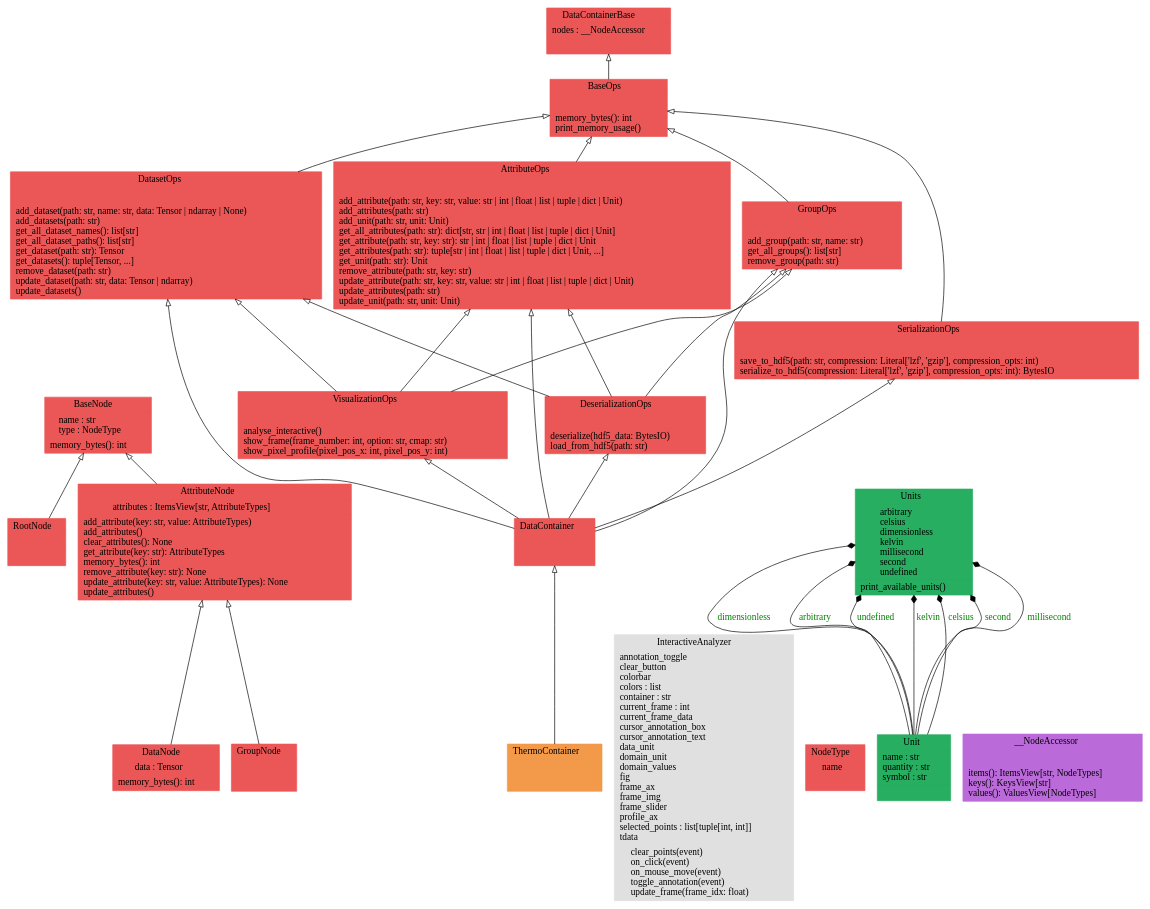
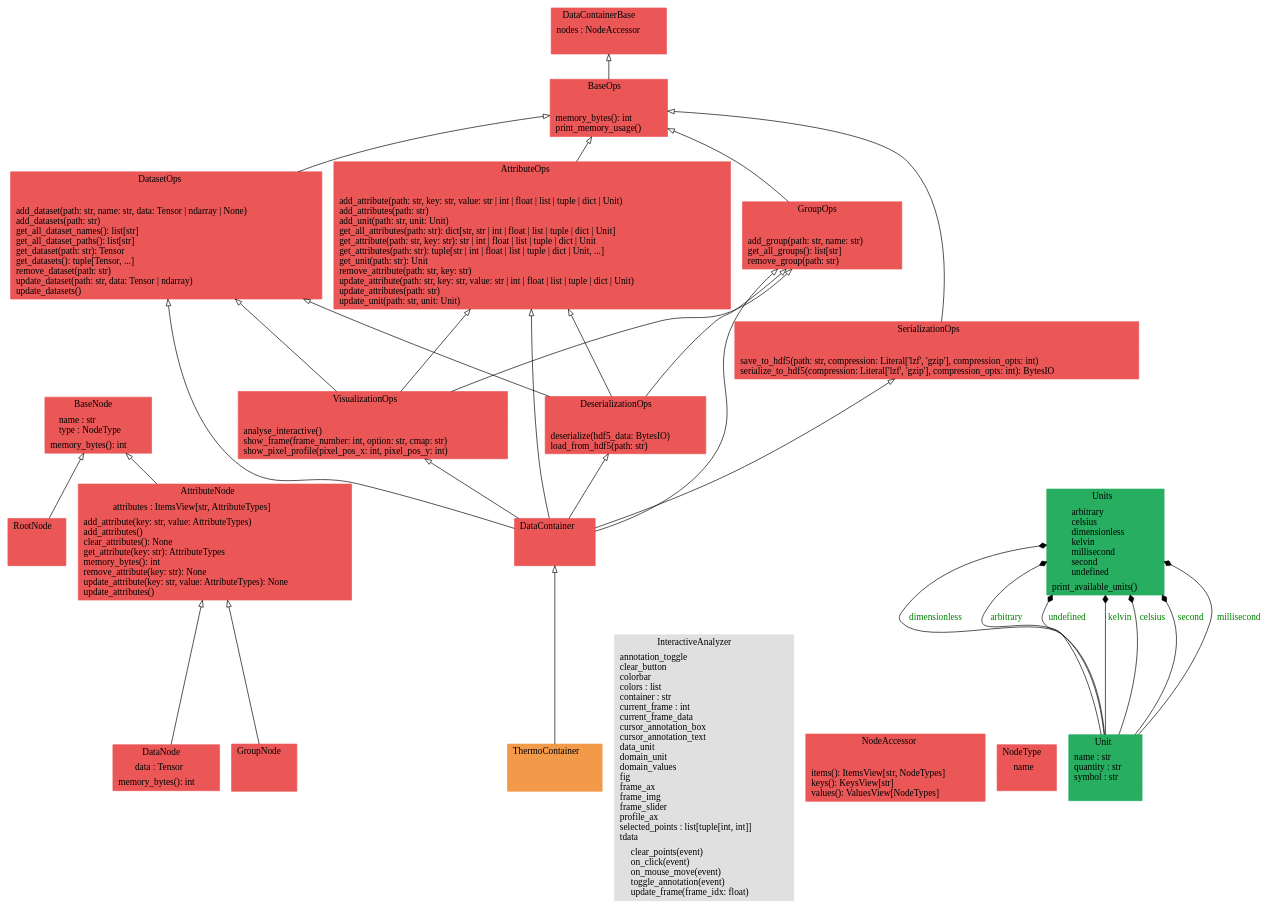
The diagram in docs/pyreverse/graphviz/classes_pythermondt.data.gv (voidsy-gmbh/pyThermoNDT), drawn with Graphviz before and after one commit. The commit also changed 11 other files, not shown here.

First line of the commit message:
Make DataContainer pickleable by moving NodeAccessor out of inner class (#128)

```diff
--- a/docs/pyreverse/graphviz/classes_pythermondt.data.gv
+++ b/docs/pyreverse/graphviz/classes_pythermondt.data.gv
@@ -1,53 +1,53 @@
 digraph "classes_pythermondt.data" {
 rankdir=BT
 charset="utf-8"
 "pythermondt.data.datacontainer.node.AttributeNode" [color="#EB5757", fontcolor="black", label=<{AttributeNode|attributes : ItemsView[str, AttributeTypes]<br ALIGN="LEFT"/>|add_attribute(key: str, value: AttributeTypes)<br ALIGN="LEFT"/>add_attributes()<br ALIGN="LEFT"/>clear_attributes(): None<br ALIGN="LEFT"/>get_attribute(key: str): AttributeTypes<br ALIGN="LEFT"/>memory_bytes(): int<br ALIGN="LEFT"/>remove_attribute(key: str): None<br ALIGN="LEFT"/>update_attribute(key: str, value: AttributeTypes): None<br ALIGN="LEFT"/>update_attributes()<br ALIGN="LEFT"/>}>, shape="record", style="filled"];
 "pythermondt.data.datacontainer.attribute_ops.AttributeOps" [color="#EB5757", fontcolor="black", label=<{AttributeOps|<br ALIGN="LEFT"/>|add_attribute(path: str, key: str, value: str \| int \| float \| list \| tuple \| dict \| Unit)<br ALIGN="LEFT"/>add_attributes(path: str)<br ALIGN="LEFT"/>add_unit(path: str, unit: Unit)<br ALIGN="LEFT"/>get_all_attributes(path: str): dict[str, str \| int \| float \| list \| tuple \| dict \| Unit]<br ALIGN="LEFT"/>get_attribute(path: str, key: str): str \| int \| float \| list \| tuple \| dict \| Unit<br ALIGN="LEFT"/>get_attributes(path: str): tuple[str \| int \| float \| list \| tuple \| dict \| Unit, ...]<br ALIGN="LEFT"/>get_unit(path: str): Unit<br ALIGN="LEFT"/>remove_attribute(path: str, key: str)<br ALIGN="LEFT"/>update_attribute(path: str, key: str, value: str \| int \| float \| list \| tuple \| dict \| Unit)<br ALIGN="LEFT"/>update_attributes(path: str)<br ALIGN="LEFT"/>update_unit(path: str, unit: Unit)<br ALIGN="LEFT"/>}>, shape="record", style="filled"];
 "pythermondt.data.datacontainer.node.BaseNode" [color="#EB5757", fontcolor="black", label=<{BaseNode|name : str<br ALIGN="LEFT"/>type : NodeType<br ALIGN="LEFT"/>|memory_bytes(): int<br ALIGN="LEFT"/>}>, shape="record", style="filled"];
 "pythermondt.data.datacontainer.base.BaseOps" [color="#EB5757", fontcolor="black", label=<{BaseOps|<br ALIGN="LEFT"/>|memory_bytes(): int<br ALIGN="LEFT"/>print_memory_usage()<br ALIGN="LEFT"/>}>, shape="record", style="filled"];
 "pythermondt.data.datacontainer.core.DataContainer" [color="#EB5757", fontcolor="black", label=<{DataContainer|<br ALIGN="LEFT"/>|}>, shape="record", style="filled"];
-"pythermondt.data.datacontainer.base.DataContainerBase" [color="#EB5757", fontcolor="black", label=<{DataContainerBase|nodes : __NodeAccessor<br ALIGN="LEFT"/>|}>, shape="record", style="filled"];
+"pythermondt.data.datacontainer.base.DataContainerBase" [color="#EB5757", fontcolor="black", label=<{DataContainerBase|nodes : NodeAccessor<br ALIGN="LEFT"/>|}>, shape="record", style="filled"];
 "pythermondt.data.datacontainer.node.DataNode" [color="#EB5757", fontcolor="black", label=<{DataNode|data : Tensor<br ALIGN="LEFT"/>|memory_bytes(): int<br ALIGN="LEFT"/>}>, shape="record", style="filled"];
 "pythermondt.data.datacontainer.dataset_ops.DatasetOps" [color="#EB5757", fontcolor="black", label=<{DatasetOps|<br ALIGN="LEFT"/>|add_dataset(path: str, name: str, data: Tensor \| ndarray \| None)<br ALIGN="LEFT"/>add_datasets(path: str)<br ALIGN="LEFT"/>get_all_dataset_names(): list[str]<br ALIGN="LEFT"/>get_all_dataset_paths(): list[str]<br ALIGN="LEFT"/>get_dataset(path: str): Tensor<br ALIGN="LEFT"/>get_datasets(): tuple[Tensor, ...]<br ALIGN="LEFT"/>remove_dataset(path: str)<br ALIGN="LEFT"/>update_dataset(path: str, data: Tensor \| ndarray)<br ALIGN="LEFT"/>update_datasets()<br ALIGN="LEFT"/>}>, shape="record", style="filled"];
 "pythermondt.data.datacontainer.serialization_ops.DeserializationOps" [color="#EB5757", fontcolor="black", label=<{DeserializationOps|<br ALIGN="LEFT"/>|deserialize(hdf5_data: BytesIO)<br ALIGN="LEFT"/>load_from_hdf5(path: str)<br ALIGN="LEFT"/>}>, shape="record", style="filled"];
 "pythermondt.data.datacontainer.node.GroupNode" [color="#EB5757", fontcolor="black", label=<{GroupNode|<br ALIGN="LEFT"/>|}>, shape="record", style="filled"];
 "pythermondt.data.datacontainer.group_ops.GroupOps" [color="#EB5757", fontcolor="black", label=<{GroupOps|<br ALIGN="LEFT"/>|add_group(path: str, name: str)<br ALIGN="LEFT"/>get_all_groups(): list[str]<br ALIGN="LEFT"/>remove_group(path: str)<br ALIGN="LEFT"/>}>, shape="record", style="filled"];
 "pythermondt.data.datacontainer.visualization_ops.VisualizationOps.InteractiveAnalyzer" [color="#E0E0E0", fontcolor="black", label=<{InteractiveAnalyzer|annotation_toggle<br ALIGN="LEFT"/>clear_button<br ALIGN="LEFT"/>colorbar<br ALIGN="LEFT"/>colors : list<br ALIGN="LEFT"/>container : str<br ALIGN="LEFT"/>current_frame : int<br ALIGN="LEFT"/>current_frame_data<br ALIGN="LEFT"/>cursor_annotation_box<br ALIGN="LEFT"/>cursor_annotation_text<br ALIGN="LEFT"/>data_unit<br ALIGN="LEFT"/>domain_unit<br ALIGN="LEFT"/>domain_values<br ALIGN="LEFT"/>fig<br ALIGN="LEFT"/>frame_ax<br ALIGN="LEFT"/>frame_img<br ALIGN="LEFT"/>frame_slider<br ALIGN="LEFT"/>profile_ax<br ALIGN="LEFT"/>selected_points : list[tuple[int, int]]<br ALIGN="LEFT"/>tdata<br ALIGN="LEFT"/>|clear_points(event)<br ALIGN="LEFT"/>on_click(event)<br ALIGN="LEFT"/>on_mouse_move(event)<br ALIGN="LEFT"/>toggle_annotation(event)<br ALIGN="LEFT"/>update_frame(frame_idx: float)<br ALIGN="LEFT"/>}>, shape="record", style="filled"];
+"pythermondt.data.datacontainer.base.NodeAccessor" [color="#EB5757", fontcolor="black", label=<{NodeAccessor|<br ALIGN="LEFT"/>|items(): ItemsView[str, NodeTypes]<br ALIGN="LEFT"/>keys(): KeysView[str]<br ALIGN="LEFT"/>values(): ValuesView[NodeTypes]<br ALIGN="LEFT"/>}>, shape="record", style="filled"];
 "pythermondt.data.datacontainer.node.NodeType" [color="#EB5757", fontcolor="black", label=<{NodeType|name<br ALIGN="LEFT"/>|}>, shape="record", style="filled"];
 "pythermondt.data.datacontainer.node.RootNode" [color="#EB5757", fontcolor="black", label=<{RootNode|<br ALIGN="LEFT"/>|}>, shape="record", style="filled"];
 "pythermondt.data.datacontainer.serialization_ops.SerializationOps" [color="#EB5757", fontcolor="black", label=<{SerializationOps|<br ALIGN="LEFT"/>|save_to_hdf5(path: str, compression: Literal['lzf', 'gzip'], compression_opts: int)<br ALIGN="LEFT"/>serialize_to_hdf5(compression: Literal['lzf', 'gzip'], compression_opts: int): BytesIO<br ALIGN="LEFT"/>}>, shape="record", style="filled"];
 "pythermondt.data.thermo_container.ThermoContainer" [color="#F2994A", fontcolor="black", label=<{ThermoContainer|<br ALIGN="LEFT"/>|}>, shape="record", style="filled"];
 "pythermondt.data.units._unit.Unit" [color="#27AE60", fontcolor="black", label=<{Unit|name : str<br ALIGN="LEFT"/>quantity : str<br ALIGN="LEFT"/>symbol : str<br ALIGN="LEFT"/>|}>, shape="record", style="filled"];
 "pythermondt.data.units.units.Units" [color="#27AE60", fontcolor="black", label=<{Units|arbitrary<br ALIGN="LEFT"/>celsius<br ALIGN="LEFT"/>dimensionless<br ALIGN="LEFT"/>kelvin<br ALIGN="LEFT"/>millisecond<br ALIGN="LEFT"/>second<br ALIGN="LEFT"/>undefined<br ALIGN="LEFT"/>|print_available_units()<br ALIGN="LEFT"/>}>, shape="record", style="filled"];
 "pythermondt.data.datacontainer.visualization_ops.VisualizationOps" [color="#EB5757", fontcolor="black", label=<{VisualizationOps|<br ALIGN="LEFT"/>|analyse_interactive()<br ALIGN="LEFT"/>show_frame(frame_number: int, option: str, cmap: str)<br ALIGN="LEFT"/>show_pixel_profile(pixel_pos_x: int, pixel_pos_y: int)<br ALIGN="LEFT"/>}>, shape="record", style="filled"];
-"pythermondt.data.datacontainer.base.DataContainerBase.__NodeAccessor" [color="#BB6BD9", fontcolor="black", label=<{__NodeAccessor|<br ALIGN="LEFT"/>|items(): ItemsView[str, NodeTypes]<br ALIGN="LEFT"/>keys(): KeysView[str]<br ALIGN="LEFT"/>values(): ValuesView[NodeTypes]<br ALIGN="LEFT"/>}>, shape="record", style="filled"];
 "pythermondt.data.datacontainer.attribute_ops.AttributeOps" -> "pythermondt.data.datacontainer.base.BaseOps" [arrowhead="empty", arrowtail="none"];
 "pythermondt.data.datacontainer.base.BaseOps" -> "pythermondt.data.datacontainer.base.DataContainerBase" [arrowhead="empty", arrowtail="none"];
 "pythermondt.data.datacontainer.core.DataContainer" -> "pythermondt.data.datacontainer.attribute_ops.AttributeOps" [arrowhead="empty", arrowtail="none"];
 "pythermondt.data.datacontainer.core.DataContainer" -> "pythermondt.data.datacontainer.dataset_ops.DatasetOps" [arrowhead="empty", arrowtail="none"];
 "pythermondt.data.datacontainer.core.DataContainer" -> "pythermondt.data.datacontainer.group_ops.GroupOps" [arrowhead="empty", arrowtail="none"];
 "pythermondt.data.datacontainer.core.DataContainer" -> "pythermondt.data.datacontainer.serialization_ops.DeserializationOps" [arrowhead="empty", arrowtail="none"];
 "pythermondt.data.datacontainer.core.DataContainer" -> "pythermondt.data.datacontainer.serialization_ops.SerializationOps" [arrowhead="empty", arrowtail="none"];
 "pythermondt.data.datacontainer.core.DataContainer" -> "pythermondt.data.datacontainer.visualization_ops.VisualizationOps" [arrowhead="empty", arrowtail="none"];
 "pythermondt.data.datacontainer.dataset_ops.DatasetOps" -> "pythermondt.data.datacontainer.base.BaseOps" [arrowhead="empty", arrowtail="none"];
 "pythermondt.data.datacontainer.group_ops.GroupOps" -> "pythermondt.data.datacontainer.base.BaseOps" [arrowhead="empty", arrowtail="none"];
 "pythermondt.data.datacontainer.node.AttributeNode" -> "pythermondt.data.datacontainer.node.BaseNode" [arrowhead="empty", arrowtail="none"];
 "pythermondt.data.datacontainer.node.DataNode" -> "pythermondt.data.datacontainer.node.AttributeNode" [arrowhead="empty", arrowtail="none"];
 "pythermondt.data.datacontainer.node.GroupNode" -> "pythermondt.data.datacontainer.node.AttributeNode" [arrowhead="empty", arrowtail="none"];
 "pythermondt.data.datacontainer.node.RootNode" -> "pythermondt.data.datacontainer.node.BaseNode" [arrowhead="empty", arrowtail="none"];
 "pythermondt.data.datacontainer.serialization_ops.DeserializationOps" -> "pythermondt.data.datacontainer.attribute_ops.AttributeOps" [arrowhead="empty", arrowtail="none"];
 "pythermondt.data.datacontainer.serialization_ops.DeserializationOps" -> "pythermondt.data.datacontainer.dataset_ops.DatasetOps" [arrowhead="empty", arrowtail="none"];
 "pythermondt.data.datacontainer.serialization_ops.DeserializationOps" -> "pythermondt.data.datacontainer.group_ops.GroupOps" [arrowhead="empty", arrowtail="none"];
 "pythermondt.data.datacontainer.serialization_ops.SerializationOps" -> "pythermondt.data.datacontainer.base.BaseOps" [arrowhead="empty", arrowtail="none"];
 "pythermondt.data.datacontainer.visualization_ops.VisualizationOps" -> "pythermondt.data.datacontainer.attribute_ops.AttributeOps" [arrowhead="empty", arrowtail="none"];
 "pythermondt.data.datacontainer.visualization_ops.VisualizationOps" -> "pythermondt.data.datacontainer.dataset_ops.DatasetOps" [arrowhead="empty", arrowtail="none"];
 "pythermondt.data.datacontainer.visualization_ops.VisualizationOps" -> "pythermondt.data.datacontainer.group_ops.GroupOps" [arrowhead="empty", arrowtail="none"];
 "pythermondt.data.thermo_container.ThermoContainer" -> "pythermondt.data.datacontainer.core.DataContainer" [arrowhead="empty", arrowtail="none"];
 "pythermondt.data.units._unit.Unit" -> "pythermondt.data.units.units.Units" [arrowhead="diamond", arrowtail="none", fontcolor="green", label="dimensionless", style="solid"];
 "pythermondt.data.units._unit.Unit" -> "pythermondt.data.units.units.Units" [arrowhead="diamond", arrowtail="none", fontcolor="green", label="arbitrary", style="solid"];
 "pythermondt.data.units._unit.Unit" -> "pythermondt.data.units.units.Units" [arrowhead="diamond", arrowtail="none", fontcolor="green", label="undefined", style="solid"];
 "pythermondt.data.units._unit.Unit" -> "pythermondt.data.units.units.Units" [arrowhead="diamond", arrowtail="none", fontcolor="green", label="kelvin", style="solid"];
 "pythermondt.data.units._unit.Unit" -> "pythermondt.data.units.units.Units" [arrowhead="diamond", arrowtail="none", fontcolor="green", label="celsius", style="solid"];
 "pythermondt.data.units._unit.Unit" -> "pythermondt.data.units.units.Units" [arrowhead="diamond", arrowtail="none", fontcolor="green", label="second", style="solid"];
 "pythermondt.data.units._unit.Unit" -> "pythermondt.data.units.units.Units" [arrowhead="diamond", arrowtail="none", fontcolor="green", label="millisecond", style="solid"];
 }
```
